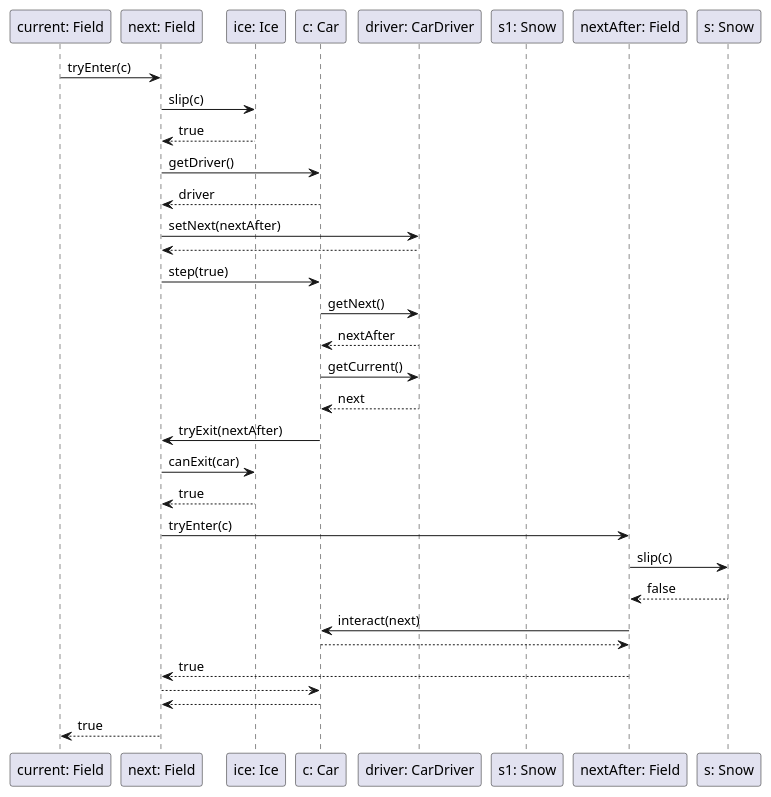
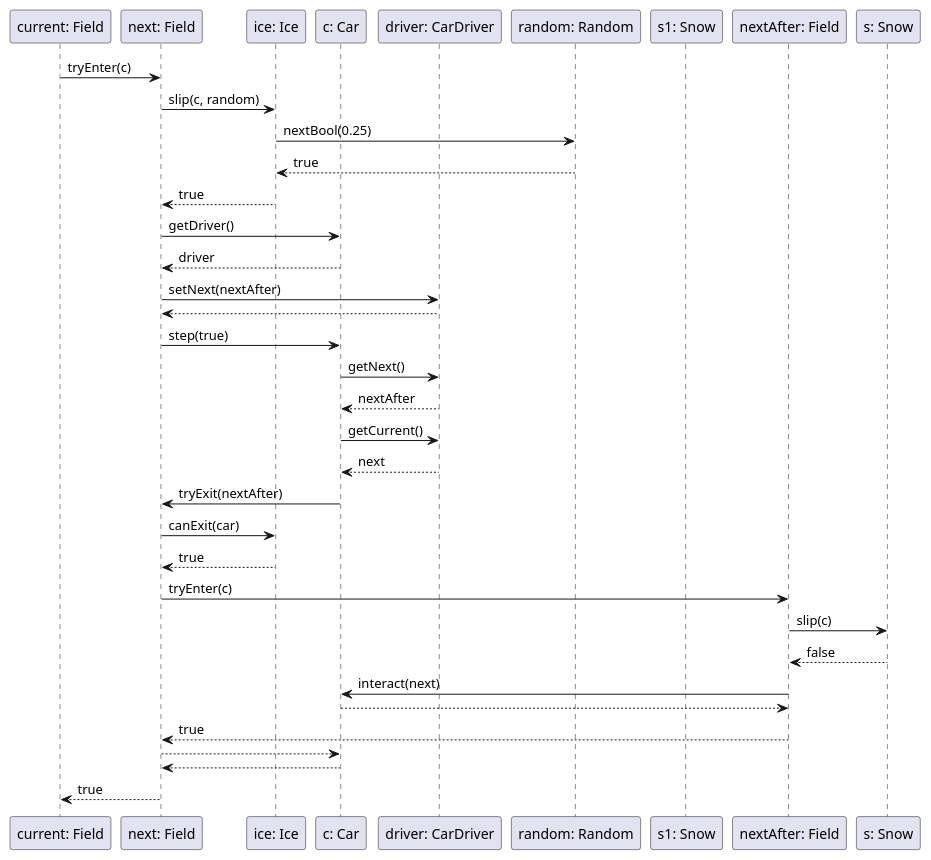
One commit to uhrinandor/spring changed the diagram in docs/analizis1/sequence/step/car/slipcar.plantuml. Above: the diagram before and after it, drawn with PlantUML. The commit also changed 3 other files, not shown here.

Commit message:
sequence renames

```diff
--- a/docs/analizis1/sequence/step/car/slipcar.plantuml
+++ b/docs/analizis1/sequence/step/car/slipcar.plantuml
@@ -1,61 +1,62 @@
 @startuml
 participant "next: Field" as next order 10
 participant "ice: Ice" as nextLayer order 20
 participant "c: Car" as car order 30
 participant "driver: CarDriver" as driver order 40
-
+participant "random: Random" as random order 50
 participant "current: Field" as current order 0
 participant "s1: Snow" as currentLayer order 50
 participant  "nextAfter: Field" as nextNext order 80
 participant "s: Snow" as nextNextLayer order 90
 
 current -> next: tryEnter(c)
-
-next -> nextLayer: slip(c)
+next -> nextLayer: slip(c, random)
+nextLayer -> random: nextBool(0.25)
+random --> nextLayer: true
 nextLayer --> next: true
 
 next -> car: getDriver()
 car --> next: driver
 next -> driver: setNext(nextAfter)
 driver --> next:
 
 next -> car: step(true)
 
 car -> driver: getNext()
 driver --> car: nextAfter
 car -> driver: getCurrent()
 driver --> car: next
 
 car -> next: tryExit(nextAfter)
 
 next -> nextLayer: canExit(car)
 nextLayer --> next: true
 
 next -> nextNext: tryEnter(c)
 
 nextNext -> nextNextLayer: slip(c)
 nextNextLayer --> nextNext: false
 
 nextNext -> car: interact(next)
 car --> nextNext: 
 
 nextNext --> next: true
 
 next --> car:
 
 
 car --> next:
 
 next --> current: true
 /'
 
 
 
 
 
 
 
 nextNext --> next: true
 car --> next: true
 next --> current: true
 @enduml
```
